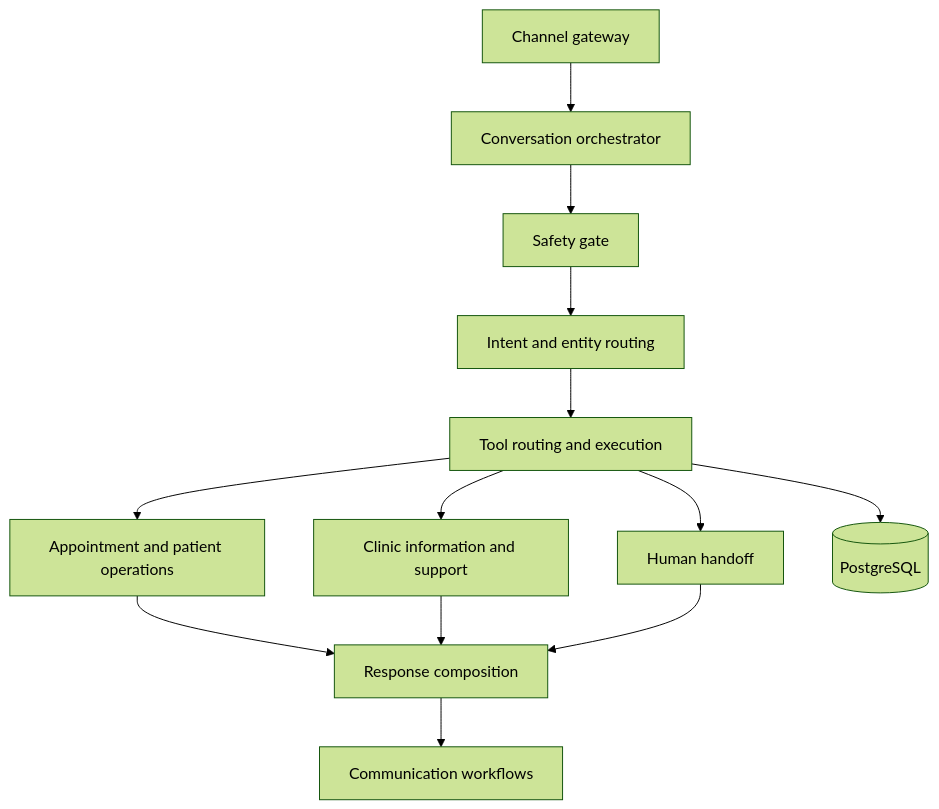
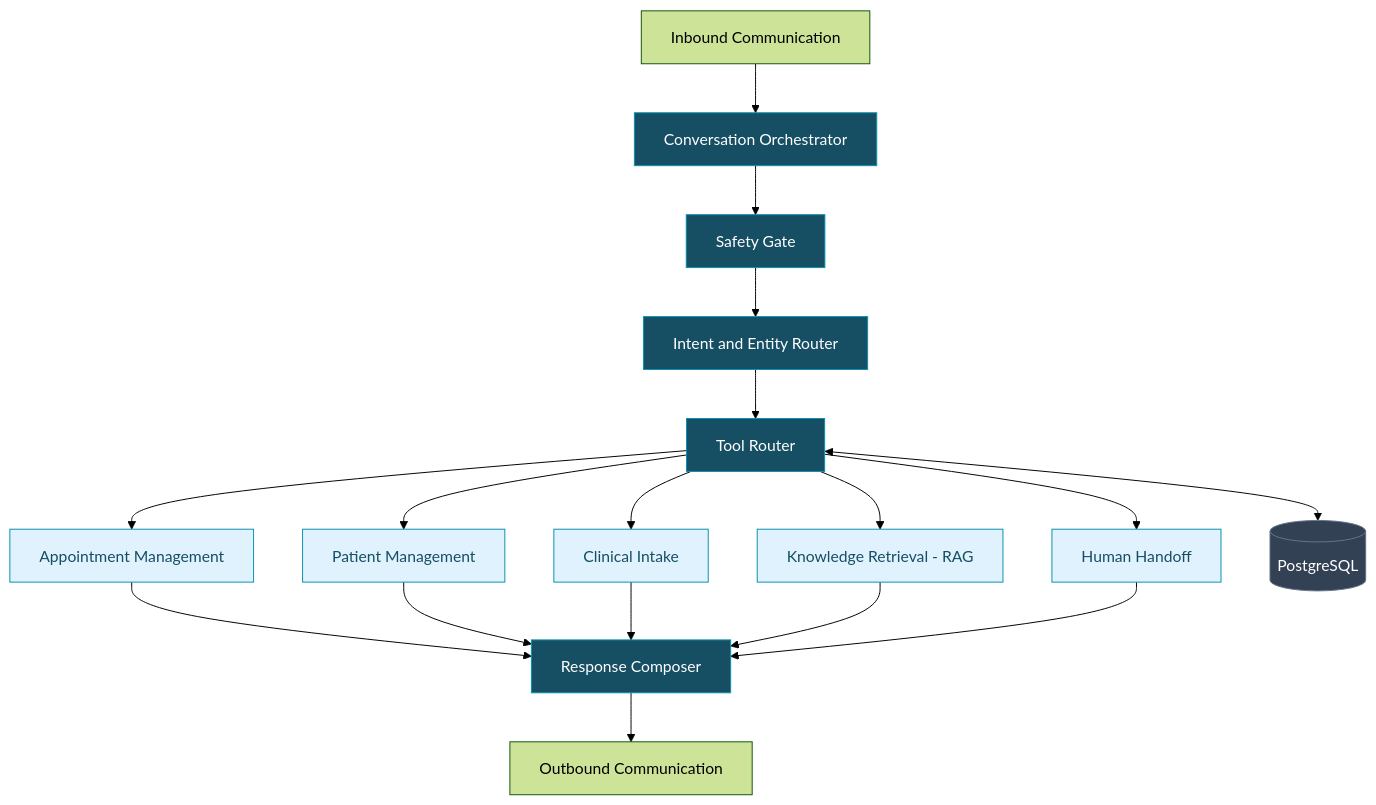
Before and after one commit to PSoufizadeh/clinic-call-center-swarm: the diagram in README.md, drawn with Mermaid (forest theme). The commit also changed other lines of this file, not shown here.

Commit message:
Fix architecture diagram rendering in README

````diff
--- a/README.md
+++ b/README.md
@@ -13,15 +15,30 @@
 ```mermaid
 flowchart TD
-    A[Channel gateway] --> B[Conversation orchestrator]
-    B --> C[Safety gate]
-    C --> D[Intent and entity routing]
-    D --> E[Tool routing and execution]
-    E --> F[Appointment and patient operations]
-    E --> G[Clinic information and support]
-    E --> H[Human handoff]
-    F --> I[Response composition]
-    G --> I
-    H --> I
-    I --> J[Communication workflows]
-    E --> K[(PostgreSQL)]
+    A[Inbound Communication] --> B[Conversation Orchestrator]
+    B --> C[Safety Gate]
+    C --> D[Intent and Entity Router]
+    D --> E[Tool Router]
+
+    E --> F[Appointment Management]
+    E --> G[Patient Management]
+    E --> H[Clinical Intake]
+    E --> I[Knowledge Retrieval - RAG]
+    E --> J[Human Handoff]
+
+    F --> K[Response Composer]
+    G --> K
+    H --> K
+    I --> K
+    J --> K
+
+    E <--> M[(PostgreSQL)]
+    K --> L[Outbound Communication]
+
+    classDef core fill:#164E63,stroke:#0891B2,color:#FFFFFF
+    classDef agent fill:#E0F2FE,stroke:#0891B2,color:#164E63
+    classDef database fill:#334155,stroke:#64748B,color:#FFFFFF
+
+    class B,C,D,E,K core
+    class F,G,H,I,J agent
+    class M database
 ```
````
